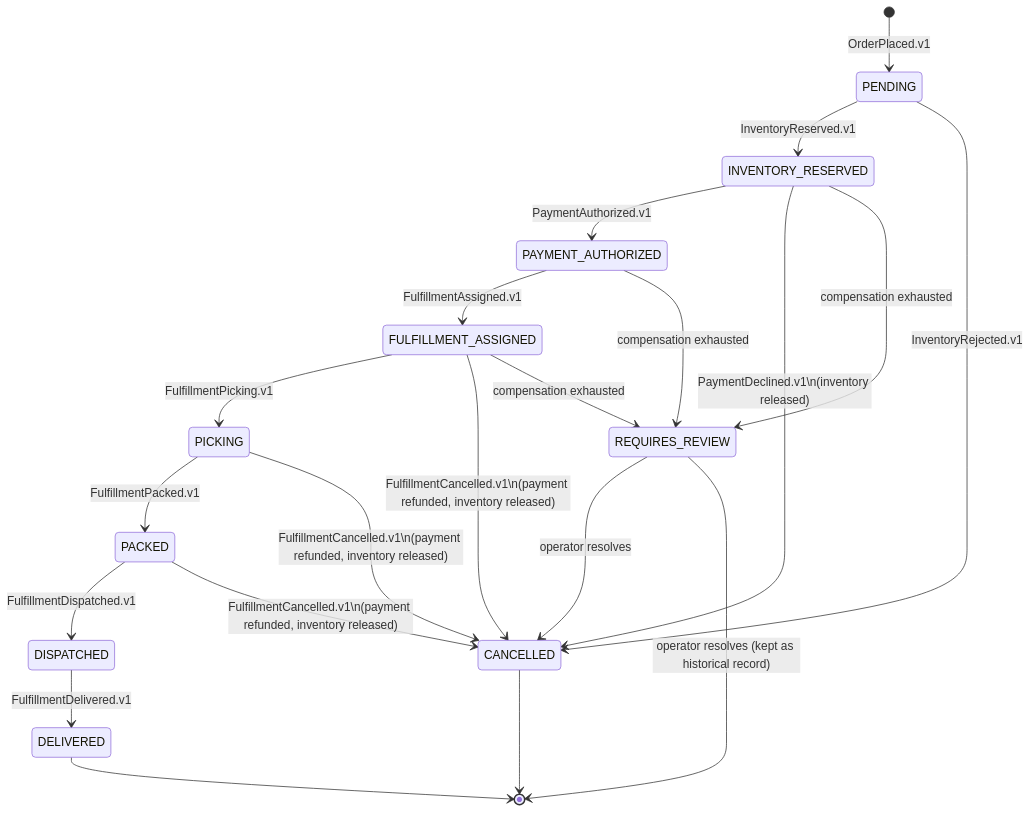
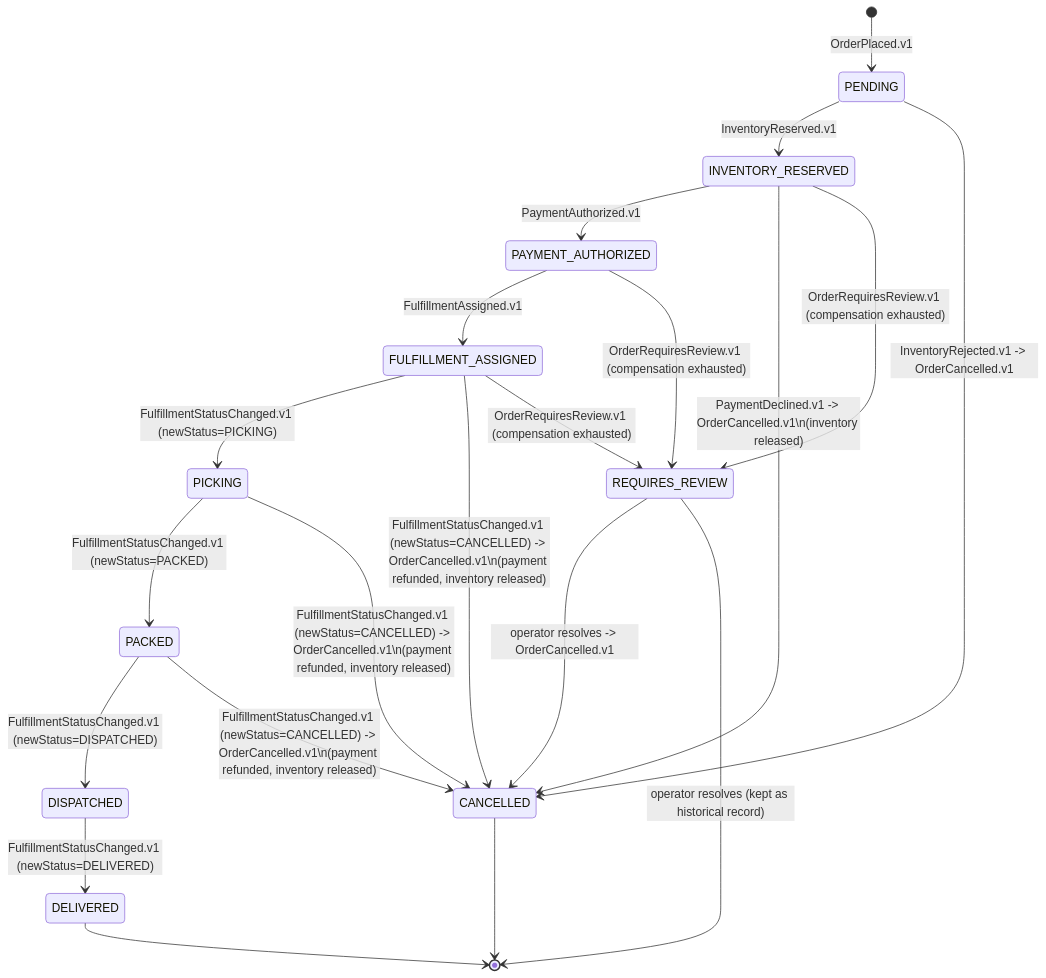
The first of 3 diagrams in docs/DOMAIN_MODEL.md (AhmedKamal-41/FullOps), drawn with Mermaid before and after one commit. The commit also changed other lines of this file and 101 other files, not shown here.

````diff
--- a/docs/DOMAIN_MODEL.md
+++ b/docs/DOMAIN_MODEL.md
@@ -57,23 +57,23 @@
 ```mermaid
 stateDiagram-v2
     [*] --> PENDING: OrderPlaced.v1
     PENDING --> INVENTORY_RESERVED: InventoryReserved.v1
-    PENDING --> CANCELLED: InventoryRejected.v1
+    PENDING --> CANCELLED: InventoryRejected.v1 -> OrderCancelled.v1
     INVENTORY_RESERVED --> PAYMENT_AUTHORIZED: PaymentAuthorized.v1
-    INVENTORY_RESERVED --> CANCELLED: PaymentDeclined.v1\n(inventory released)
+    INVENTORY_RESERVED --> CANCELLED: PaymentDeclined.v1 -> OrderCancelled.v1\n(inventory released)
     PAYMENT_AUTHORIZED --> FULFILLMENT_ASSIGNED: FulfillmentAssigned.v1
-    FULFILLMENT_ASSIGNED --> PICKING: FulfillmentPicking.v1
-    PICKING --> PACKED: FulfillmentPacked.v1
-    PACKED --> DISPATCHED: FulfillmentDispatched.v1
-    DISPATCHED --> DELIVERED: FulfillmentDelivered.v1
-    FULFILLMENT_ASSIGNED --> CANCELLED: FulfillmentCancelled.v1\n(payment refunded, inventory released)
-    PICKING --> CANCELLED: FulfillmentCancelled.v1\n(payment refunded, inventory released)
-    PACKED --> CANCELLED: FulfillmentCancelled.v1\n(payment refunded, inventory released)
-    INVENTORY_RESERVED --> REQUIRES_REVIEW: compensation exhausted
-    PAYMENT_AUTHORIZED --> REQUIRES_REVIEW: compensation exhausted
-    FULFILLMENT_ASSIGNED --> REQUIRES_REVIEW: compensation exhausted
+    FULFILLMENT_ASSIGNED --> PICKING: FulfillmentStatusChanged.v1 (newStatus=PICKING)
+    PICKING --> PACKED: FulfillmentStatusChanged.v1 (newStatus=PACKED)
+    PACKED --> DISPATCHED: FulfillmentStatusChanged.v1 (newStatus=DISPATCHED)
+    DISPATCHED --> DELIVERED: FulfillmentStatusChanged.v1 (newStatus=DELIVERED)
+    FULFILLMENT_ASSIGNED --> CANCELLED: FulfillmentStatusChanged.v1 (newStatus=CANCELLED) -> OrderCancelled.v1\n(payment refunded, inventory released)
+    PICKING --> CANCELLED: FulfillmentStatusChanged.v1 (newStatus=CANCELLED) -> OrderCancelled.v1\n(payment refunded, inventory released)
+    PACKED --> CANCELLED: FulfillmentStatusChanged.v1 (newStatus=CANCELLED) -> OrderCancelled.v1\n(payment refunded, inventory released)
+    INVENTORY_RESERVED --> REQUIRES_REVIEW: OrderRequiresReview.v1 (compensation exhausted)
+    PAYMENT_AUTHORIZED --> REQUIRES_REVIEW: OrderRequiresReview.v1 (compensation exhausted)
+    FULFILLMENT_ASSIGNED --> REQUIRES_REVIEW: OrderRequiresReview.v1 (compensation exhausted)
     CANCELLED --> [*]
     DELIVERED --> [*]
-    REQUIRES_REVIEW --> CANCELLED: operator resolves
+    REQUIRES_REVIEW --> CANCELLED: operator resolves -> OrderCancelled.v1
     REQUIRES_REVIEW --> [*]: operator resolves (kept as historical record)
 ```
````
